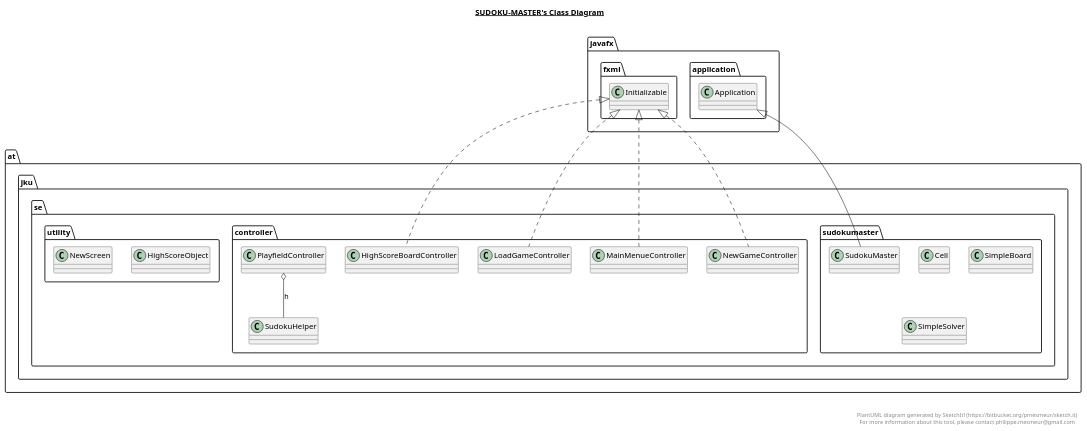
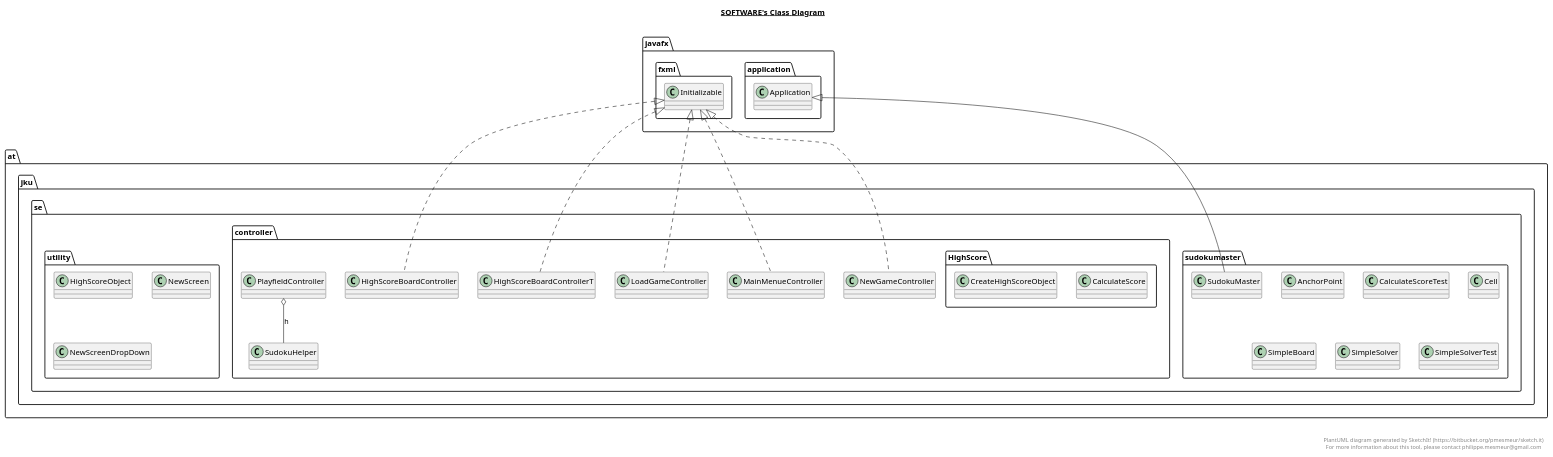
One commit to PeterSigmund12/Sudoku-Master changed the diagram in Software/Software.plantuml. Above: the diagram before and after it, drawn with PlantUML. The commit also changed 15 other files, not shown here.

```diff
--- a/Software/Software.plantuml
+++ b/Software/Software.plantuml
@@ -1,92 +1,139 @@
 @startuml
 
-title __SUDOKU-MASTER's Class Diagram__\n
+title __SOFTWARE's Class Diagram__\n
+
+  namespace at.jku.se.controller {
+    namespace HighScore {
+      class at.jku.se.controller.HighScore.CalculateScore {
+      }
+    }
+  }
+  
+
+  namespace at.jku.se.controller {
+    namespace HighScore {
+      class at.jku.se.controller.HighScore.CreateHighScoreObject {
+      }
+    }
+  }
+  
 
   namespace at.jku.se.controller {
     class at.jku.se.controller.HighScoreBoardController {
+    }
+  }
+  
+
+  namespace at.jku.se.controller {
+    class at.jku.se.controller.HighScoreBoardControllerT {
     }
   }
   
 
   namespace at.jku.se.controller {
     class at.jku.se.controller.LoadGameController {
     }
   }
   
 
   namespace at.jku.se.controller {
     class at.jku.se.controller.MainMenueController {
     }
   }
   
 
   namespace at.jku.se.controller {
     class at.jku.se.controller.NewGameController {
     }
   }
   
 
   namespace at.jku.se.controller {
     class at.jku.se.controller.PlayfieldController {
     }
   }
   
 
   namespace at.jku.se.controller {
     class at.jku.se.controller.SudokuHelper {
     }
   }
   
 
   namespace at.jku.se.sudokumaster {
+    class at.jku.se.sudokumaster.AnchorPoint {
+    }
+  }
+  
+
+  namespace at.jku.se.sudokumaster {
+    class at.jku.se.sudokumaster.CalculateScoreTest {
+    }
+  }
+  
+
+  namespace at.jku.se.sudokumaster {
     class at.jku.se.sudokumaster.Cell {
     }
   }
   
 
   namespace at.jku.se.sudokumaster {
     class at.jku.se.sudokumaster.SimpleBoard {
     }
   }
   
 
   namespace at.jku.se.sudokumaster {
     class at.jku.se.sudokumaster.SimpleSolver {
+    }
+  }
+  
+
+  namespace at.jku.se.sudokumaster {
+    class at.jku.se.sudokumaster.SimpleSolverTest {
     }
   }
   
 
   namespace at.jku.se.sudokumaster {
     class at.jku.se.sudokumaster.SudokuMaster {
     }
   }
   
 
   namespace at.jku.se.utility {
     class at.jku.se.utility.HighScoreObject {
     }
   }
   
 
   namespace at.jku.se.utility {
     class at.jku.se.utility.NewScreen {
     }
   }
   
 
+  namespace at.jku.se.utility {
+    class at.jku.se.utility.NewScreenDropDown {
+    }
+  }
+  
+
   at.jku.se.controller.HighScoreBoardController .up.|> javafx.fxml.Initializable
+  at.jku.se.controller.HighScoreBoardControllerT .up.|> javafx.fxml.Initializable
   at.jku.se.controller.LoadGameController .up.|> javafx.fxml.Initializable
   at.jku.se.controller.MainMenueController .up.|> javafx.fxml.Initializable
   at.jku.se.controller.NewGameController .up.|> javafx.fxml.Initializable
   at.jku.se.controller.PlayfieldController o-- at.jku.se.controller.SudokuHelper : h
   at.jku.se.sudokumaster.SudokuMaster -up-|> javafx.application.Application
 
 
 right footer
 
 
 PlantUML diagram generated by SketchIt! (https://bitbucket.org/pmesmeur/sketch.it)
 For more information about this tool, please contact philippe.mesmeur@gmail.com
 endfooter
 
 @enduml
```
